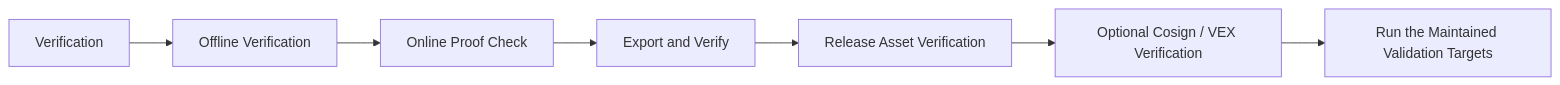
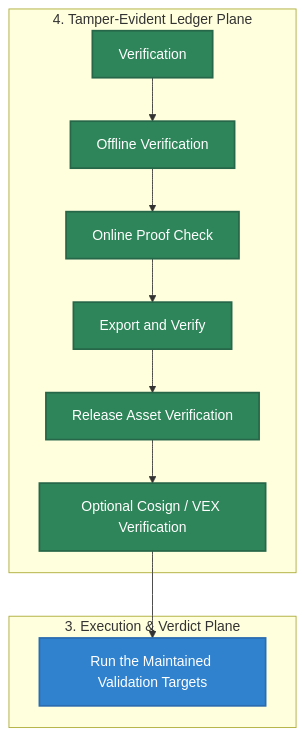
Before and after one commit to Mindburn-Labs/helm-ai-kernel: the diagram in docs/VERIFICATION.md, drawn with Mermaid. The commit also changed other lines of this file and 330 other files, not shown here.

````diff
--- a/docs/VERIFICATION.md
+++ b/docs/VERIFICATION.md
@@ -39,16 +39,32 @@
 ```mermaid
-flowchart LR
-  Page["Verification"]
-  A["Offline Verification"]
-  B["Online Proof Check"]
-  C["Export and Verify"]
-  D["Release Asset Verification"]
-  F["Optional Cosign / VEX Verification"]
-  E["Run the Maintained Validation Targets"]
-  Page --> A
-  A --> B
-  B --> C
-  C --> D
-  D --> F
-  F --> E
+flowchart TD
+    subgraph Execution["3. Execution & Verdict Plane"]
+        E["Run the Maintained Validation Targets"]
+    end
+
+    subgraph Ledger["4. Tamper-Evident Ledger Plane"]
+        Page["Verification"]
+        A["Offline Verification"]
+        B["Online Proof Check"]
+        C["Export and Verify"]
+        D["Release Asset Verification"]
+        F["Optional Cosign / VEX Verification"]
+    end
+
+    %% Operational Flow Edges
+    Page --> A
+    A --> B
+    B --> C
+    C --> D
+    D --> F
+    F --> E
+
+    %% Premium Styling Rules
+    style Page fill:#2f855a,stroke:#276749,stroke-width:2px,color:#fff
+    style A fill:#2f855a,stroke:#276749,stroke-width:2px,color:#fff
+    style B fill:#2f855a,stroke:#276749,stroke-width:2px,color:#fff
+    style C fill:#2f855a,stroke:#276749,stroke-width:2px,color:#fff
+    style D fill:#2f855a,stroke:#276749,stroke-width:2px,color:#fff
+    style F fill:#2f855a,stroke:#276749,stroke-width:2px,color:#fff
+    style E fill:#3182ce,stroke:#2b6cb0,stroke-width:2px,color:#fff
 ```
````
